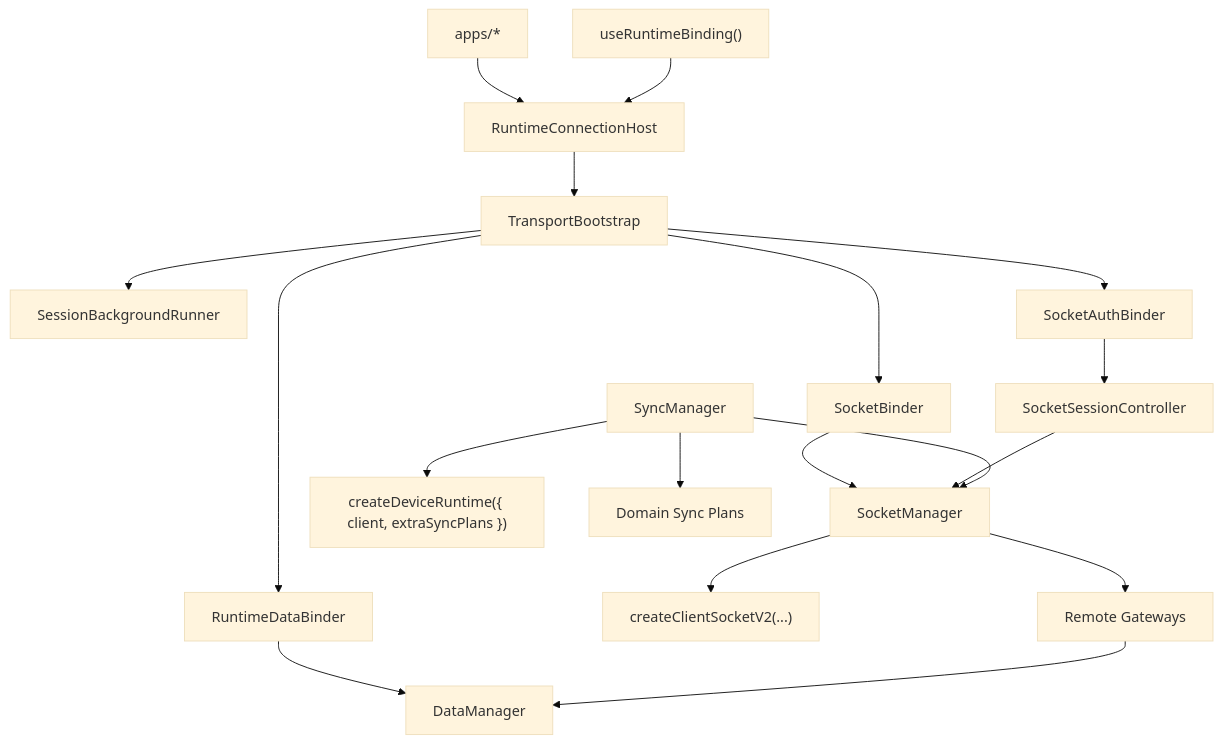
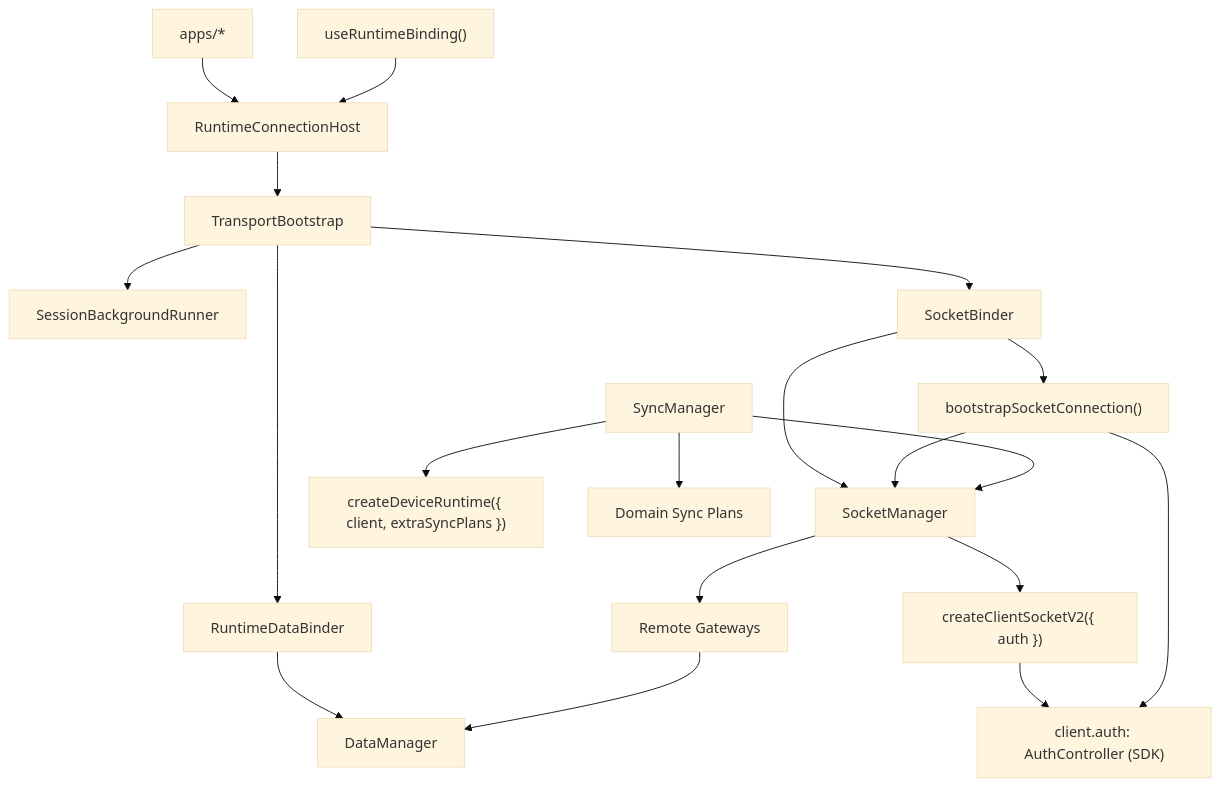
Before and after one commit to lemoncloud-io/dou-app: the diagram in libs/app-runtime/docs/architecture.md, drawn with Mermaid (base theme). The commit also changed other lines of this file and 11 other files, not shown here.

First line of the commit message:
docs(auth): document SDK AuthController adoption and architecture

````diff
--- a/libs/app-runtime/docs/architecture.md
+++ b/libs/app-runtime/docs/architecture.md
@@ -30,24 +32,25 @@
 ```mermaid
 flowchart TD
   App["apps/*"] --> Host["RuntimeConnectionHost"]
   Host --> Bootstrap["TransportBootstrap"]
   Bootstrap --> Runner["SessionBackgroundRunner"]
   Bootstrap --> DataBinder["RuntimeDataBinder"]
   Bootstrap --> SocketBinder["SocketBinder"]
-  Bootstrap --> AuthBinder["SocketAuthBinder"]
 
   Binding["useRuntimeBinding()"] --> Host
 
   DataBinder --> DataManager["DataManager"]
   SocketBinder --> SocketManager["SocketManager"]
-  AuthBinder --> Session["SocketSessionController"]
+  SocketBinder --> Bootstrap2["bootstrapSocketConnection()"]
 
-  SocketManager --> Client["createClientSocketV2(...)"]
-  Session --> SocketManager
+  SocketManager --> Client["createClientSocketV2({ auth })"]
+  Client --> Auth["client.auth: AuthController (SDK)"]
+  Bootstrap2 --> Auth
+  Bootstrap2 --> SocketManager
   SyncManager["SyncManager"] --> SocketManager
   SyncManager --> DeviceRuntime["createDeviceRuntime({ client, extraSyncPlans })"]
   SyncManager --> Plans["Domain Sync Plans"]
 
   SocketManager --> Gateways["Remote Gateways"]
   Gateways --> DataManager
 ```
````
